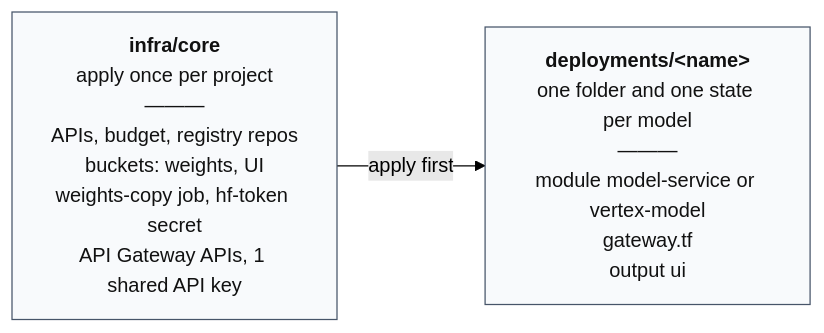
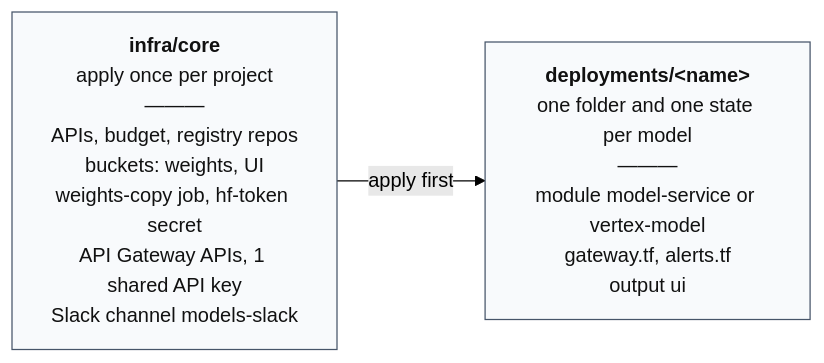
The first of 2 diagrams in docs/README.md (koval-yurko/custom-models-inference), drawn with Mermaid (forest theme) before and after one commit. The commit also changed other lines of this file and 41 other files, not shown here.

First line of the commit message:
feat: Slack notifications when a model scales up (ready) and down (scaled to 0)

````diff
--- a/docs/README.md
+++ b/docs/README.md
@@ -25,9 +25,9 @@
 ```mermaid
 flowchart LR
-    core["<b>infra/core</b><br/>apply once per project<br/>―――<br/>APIs, budget, registry repos<br/>buckets: weights, UI<br/>weights-copy job, hf-token secret<br/>API Gateway APIs, 1 shared API key"]
-    dep["<b>deployments/#lt;name#gt;</b><br/>one folder and one state per model<br/>―――<br/>module model-service or vertex-model<br/>gateway.tf<br/>output ui"]
+    core["<b>infra/core</b><br/>apply once per project<br/>―――<br/>APIs, budget, registry repos<br/>buckets: weights, UI<br/>weights-copy job, hf-token secret<br/>API Gateway APIs, 1 shared API key<br/>Slack channel models-slack"]
+    dep["<b>deployments/#lt;name#gt;</b><br/>one folder and one state per model<br/>―――<br/>module model-service or vertex-model<br/>gateway.tf, alerts.tf<br/>output ui"]
     core -->|"apply first"| dep
 
     classDef layer fill:#f8fafc,stroke:#475569,color:#111
     class core,dep layer
 ```
````
